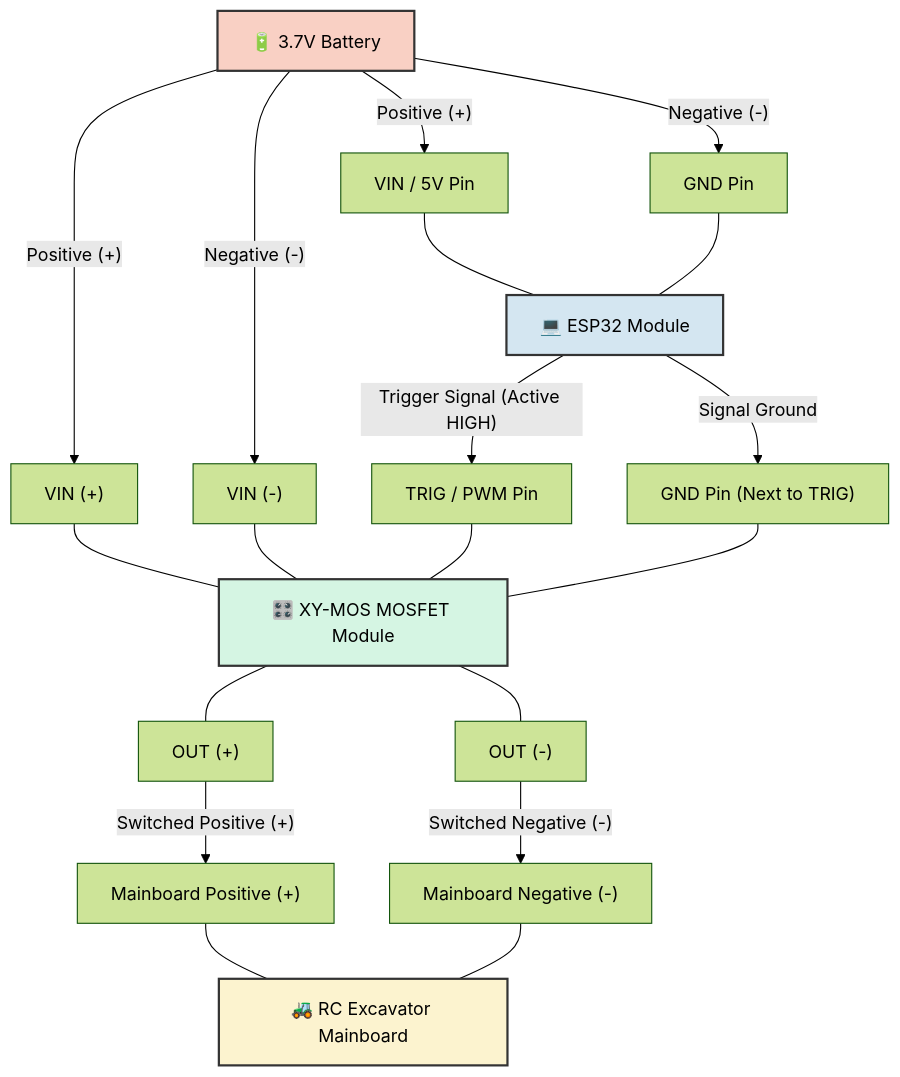
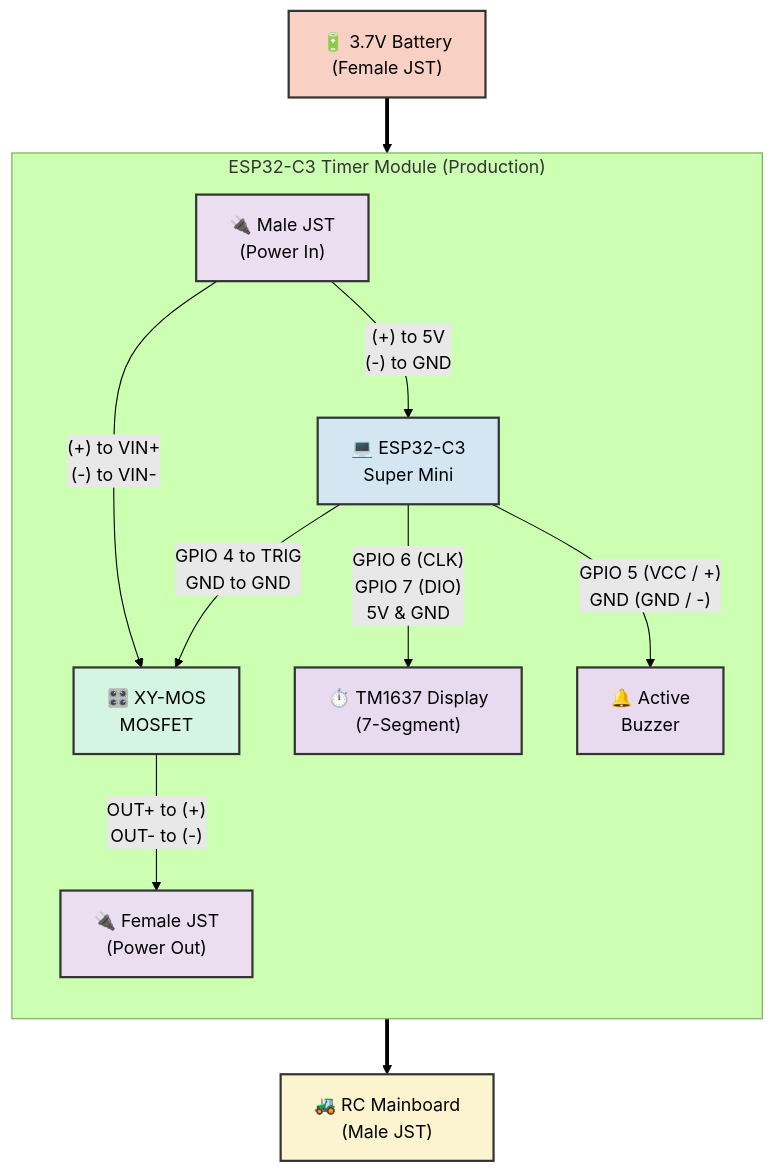
One commit to trefeon/excavator-rental-timer changed the diagram in docs/MOSFET_3V7_WIRING_GUIDE.md. Above: the diagram before and after it, drawn with Mermaid (forest theme). The commit also changed other lines of this file and 4 other files, not shown here.

Commit message:
feat: implement ESP-NOW master and slave firmware with registration and heartbeat protocol along with MOSFET wiring documentation.

````diff
--- a/docs/MOSFET_3V7_WIRING_GUIDE.md
+++ b/docs/MOSFET_3V7_WIRING_GUIDE.md
@@ -24,46 +25,52 @@
 ```mermaid
-graph TD
-    %% Power Source
-    BATT["🔋 3.7V Battery"]
-    
-    %% Components
-    ESP["💻 ESP32 Module"]
-    MOSFET["🎛️ XY-MOS MOSFET Module"]
-    EXC["🚜 RC Excavator Mainboard"]
-    
-    %% Battery to ESP32 (Always On)
-    BATT -- "Positive (+)" --> ESP_VIN["VIN / 5V Pin"]
-    BATT -- "Negative (-)" --> ESP_GND["GND Pin"]
-    ESP_VIN --- ESP
-    ESP_GND --- ESP
-    
-    %% Battery to MOSFET Input
-    BATT -- "Positive (+)" --> MOS_VIN_P["VIN (+)"]
-    BATT -- "Negative (-)" --> MOS_VIN_N["VIN (-)"]
-    MOS_VIN_P --- MOSFET
-    MOS_VIN_N --- MOSFET
-    
-    %% ESP32 to MOSFET Trigger
-    ESP -- "Trigger Signal (Active HIGH)" --> MOS_TRIG["TRIG / PWM Pin"]
-    ESP -- "Signal Ground" --> MOS_SGND["GND Pin (Next to TRIG)"]
-    MOS_TRIG --- MOSFET
-    MOS_SGND --- MOSFET
-    
-    %% MOSFET Output to Excavator
-    MOSFET --- MOS_OUT_P["OUT (+)"]
-    MOSFET --- MOS_OUT_N["OUT (-)"]
-    MOS_OUT_P -- "Switched Positive (+)" --> EXC_P["Mainboard Positive (+)"]
-    MOS_OUT_N -- "Switched Negative (-)" --> EXC_N["Mainboard Negative (-)"]
-    EXC_P --- EXC
-    EXC_N --- EXC
+flowchart TD
+    %% External Power Source
+    BATT["🔋 3.7V Battery<br>(Female JST)"]
 
-    classDef power fill:#f9d0c4,stroke:#333,stroke-width:2px;
-    classDef brain fill:#d4e6f1,stroke:#333,stroke-width:2px;
-    classDef switch fill:#d5f5e3,stroke:#333,stroke-width:2px;
-    classDef load fill:#fcf3cf,stroke:#333,stroke-width:2px;
+    subgraph Module ["ESP32-C3 Timer Module (Production)"]
+        direction TB
+        
+        %% Components
+        JST_IN["🔌 Male JST<br>(Power In)"]
+        ESP["💻 ESP32-C3<br>Super Mini"]
+        MOSFET["🎛️ XY-MOS<br>MOSFET"]
+        DISP["⏱️ TM1637 Display<br>(7-Segment)"]
+        BUZZ["🔔 Active<br>Buzzer"]
+        JST_OUT["🔌 Female JST<br>(Power Out)"]
+
+        %% Power Flow
+        JST_IN -- "(+) to 5V<br>(-) to GND" --> ESP
+        JST_IN -- "(+) to VIN+<br>(-) to VIN-" --> MOSFET
+        
+        %% ESP Control to MOSFET
+        ESP -- "GPIO 4 to TRIG<br>GND to GND" --> MOSFET
+        
+        %% ESP to Peripherals
+        ESP -- "GPIO 6 (CLK)<br>GPIO 7 (DIO)<br>5V & GND" --> DISP
+        ESP -- "GPIO 5 (VCC / +)<br>GND (GND / -)" --> BUZZ
+        
+        %% MOSFET Output
+        MOSFET -- "OUT+ to (+)<br>OUT- to (-)" --> JST_OUT
+    end
+
+    %% External Load
+    EXC["🚜 RC Mainboard<br>(Male JST)"]
+
+    %% External Connections
+    BATT ==> JST_IN
+    JST_OUT ==> EXC
+
+    classDef power fill:#f9d0c4,stroke:#333,stroke-width:2px,color:#000;
+    classDef brain fill:#d4e6f1,stroke:#333,stroke-width:2px,color:#000;
+    classDef switch fill:#d5f5e3,stroke:#333,stroke-width:2px,color:#000;
+    classDef load fill:#fcf3cf,stroke:#333,stroke-width:2px,color:#000;
+    classDef connector fill:#ebdef0,stroke:#333,stroke-width:2px,color:#000;
+    classDef peripheral fill:#e8daef,stroke:#333,stroke-width:2px,color:#000;
     
     class BATT power;
     class ESP brain;
     class MOSFET switch;
     class EXC load;
+    class JST_IN,JST_OUT connector;
+    class DISP,BUZZ peripheral;
 ```
````
